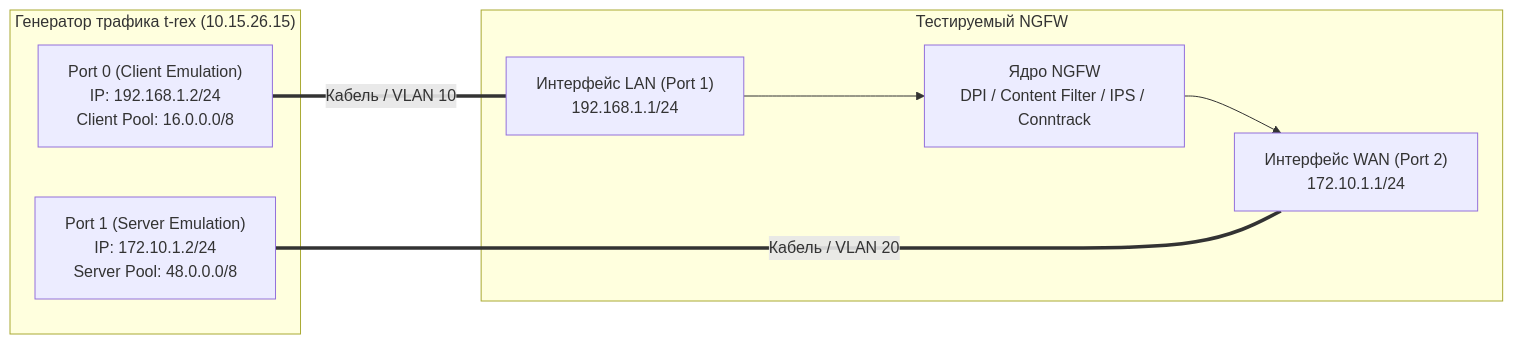
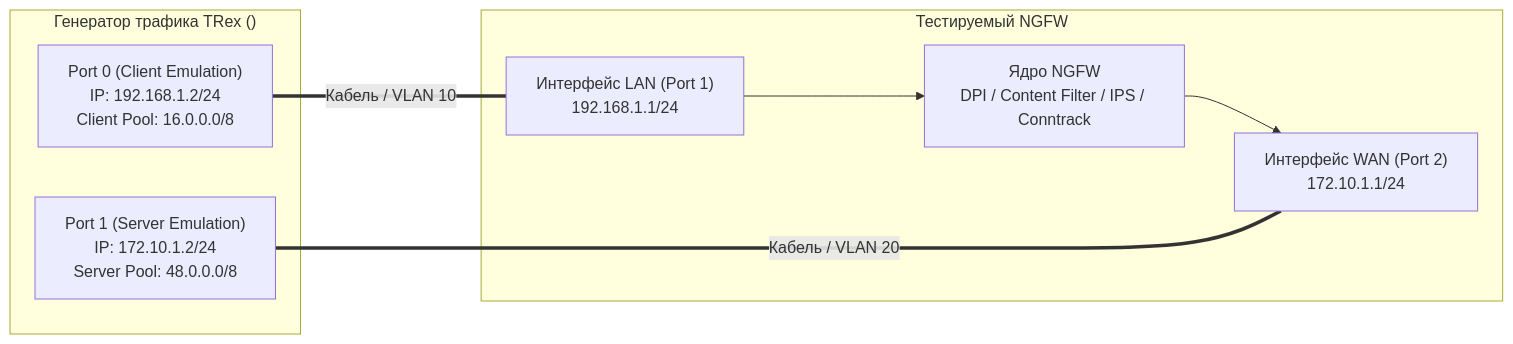
The second of 2 diagrams in docs/03-webui-admin-guide.md (bratiska6-pixel/cisco-trex-studio), drawn with Mermaid before and after one commit. The commit also changed other lines of this file, not shown here.

````diff
--- a/docs/03-webui-admin-guide.md
+++ b/docs/03-webui-admin-guide.md
@@ -289,18 +289,18 @@
 ```mermaid
 graph LR
-    subgraph TRexHost ["Генератор трафика t-rex (10.15.26.15)"]
+    subgraph TRexHost ["Генератор трафика TRex (<IP_СЕРВЕРА>)"]
         P0["Port 0 (Client Emulation)<br/>IP: 192.168.1.2/24<br/>Client Pool: 16.0.0.0/8"]
         P1["Port 1 (Server Emulation)<br/>IP: 172.10.1.2/24<br/>Server Pool: 48.0.0.0/8"]
     end
 
     subgraph TargetNGFW ["Тестируемый NGFW"]
         IF_LAN["Интерфейс LAN (Port 1)<br/>192.168.1.1/24"]
         Engine["Ядро NGFW<br/>DPI / Content Filter / IPS / Conntrack"]
         IF_WAN["Интерфейс WAN (Port 2)<br/>172.10.1.1/24"]
         
         IF_LAN --> Engine --> IF_WAN
     end
 
     P0 === |Кабель / VLAN 10| IF_LAN
     P1 === |Кабель / VLAN 20| IF_WAN
 ```
````
